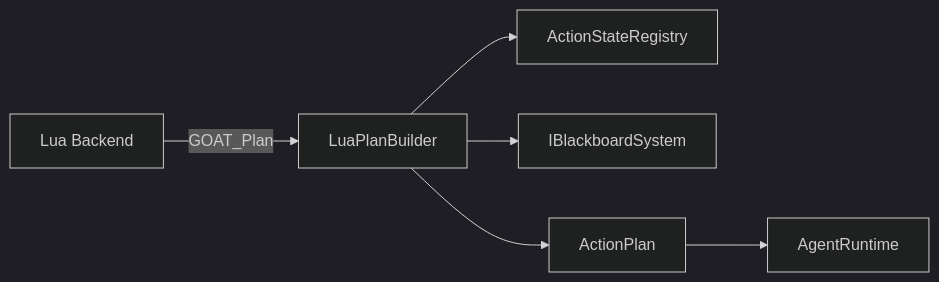
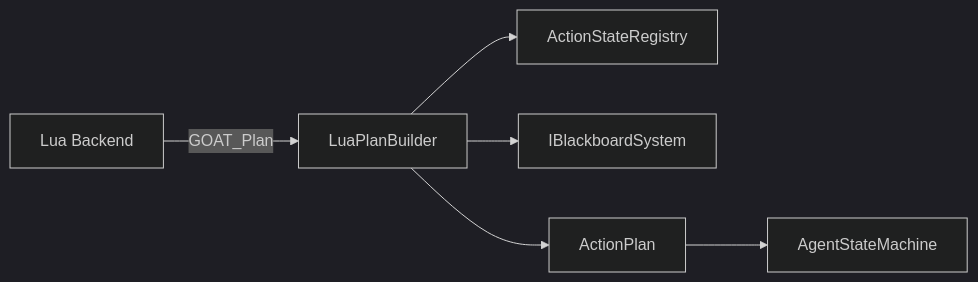
One commit to jabbadablack/G.O.A.T changed the diagram in Docs/02 - C++ Components/LuaPlanBuilder.md. Above: the diagram before and after it, drawn with Mermaid (dark theme). The commit also changed other lines of this file and 82 other files, not shown here.

````diff
--- a/Docs/02 - C++ Components/LuaPlanBuilder.md
+++ b/Docs/02 - C++ Components/LuaPlanBuilder.md
@@ -69,8 +69,8 @@
 ```mermaid
 graph LR
     A[Lua Backend] -->|GOAT_Plan| B[LuaPlanBuilder]
     B --> C[ActionStateRegistry]
     B --> D[IBlackboardSystem]
     B --> E[ActionPlan]
-    E --> F[AgentRuntime]
+    E --> F[AgentStateMachine]
 ```
````
